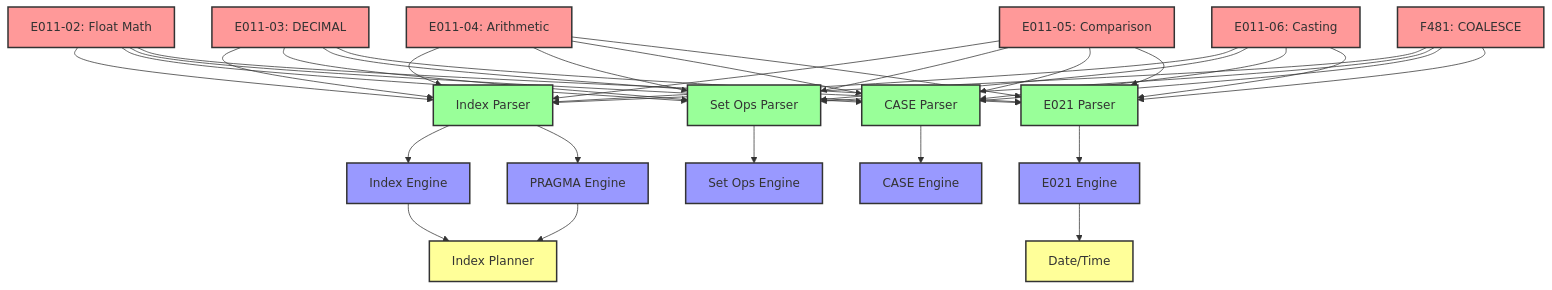
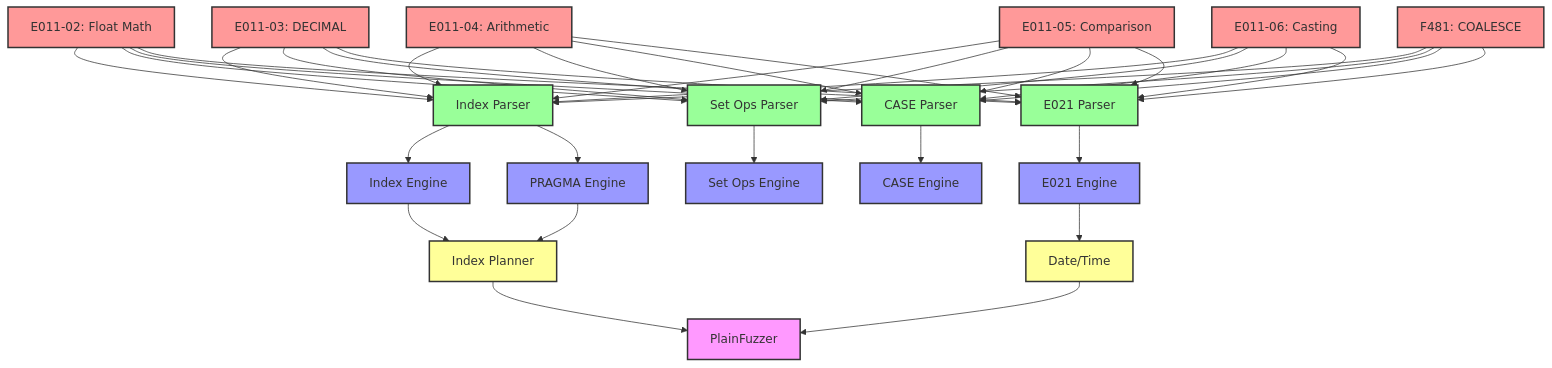
One commit to cyw0ng95/sqlvibe changed the second of 2 diagrams in docs/plan-v0.4.0.md. Above: the diagram before and after it, drawn with Mermaid. The commit also changed other lines of this file and 6 other files, not shown here.

First line of the commit message:
feat: Add PlainFuzzer testsuite under internal/TS

````diff
--- a/docs/plan-v0.4.0.md
+++ b/docs/plan-v0.4.0.md
@@ -232,50 +239,57 @@
 ```mermaid
 graph TD
     %% Wave 1
     B1[E011-02: Float Math]:::wave1
     B2[E011-03: DECIMAL]:::wave1
     B3[E011-04: Arithmetic]:::wave1
     B4[E011-05: Comparison]:::wave1
     B5[E011-06: Casting]:::wave1
     B6[F481: COALESCE]:::wave1
     
     %% Wave 2
     P1[Index Parser]:::wave2
     P2[Set Ops Parser]:::wave2
     P3[CASE Parser]:::wave2
     P4[E021 Parser]:::wave2
     
     %% Wave 3
     E1[Index Engine]:::wave3
     E2[Set Ops Engine]:::wave3
     E3[CASE Engine]:::wave3
     E4[E021 Engine]:::wave3
     E5[PRAGMA Engine]:::wave3
     
     %% Wave 4
     A1[Index Planner]:::wave4
     A2[Date/Time]:::wave4
     
+    %% Wave 5
+    F1[PlainFuzzer]:::wave5
+    
     %% Dependencies
     B1 --> P1 & P2 & P3 & P4
     B2 --> P1 & P2 & P3 & P4
     B3 --> P1 & P2 & P3 & P4
     B4 --> P1 & P2 & P3 & P4
     B5 --> P1 & P2 & P3 & P4
     B6 --> P1 & P2 & P3 & P4
     
     P1 --> E1 & E5
     P2 --> E2
     P3 --> E3
     P4 --> E4
     
     E1 --> A1
     E5 --> A1
     E4 --> A2
     
+    A1 --> F1
+    A2 --> F1
+    
     %% Styling
     classDef wave1 fill:#ff9999,stroke:#333,stroke-width:2px
     classDef wave2 fill:#99ff99,stroke:#333,stroke-width:2px
     classDef wave3 fill:#9999ff,stroke:#333,stroke-width:2px
     classDef wave4 fill:#ffff99,stroke:#333,stroke-width:2px
+    classDef wave5 fill:#ff99ff,stroke:#333,stroke-width:2px
 ```
````
